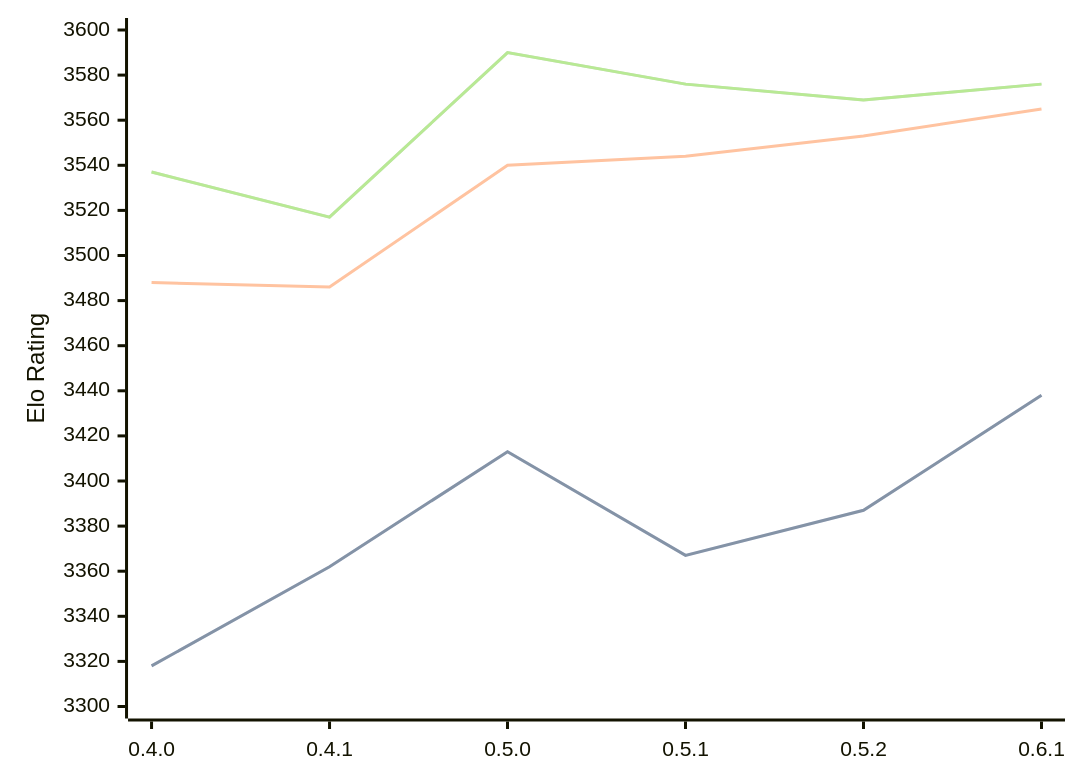
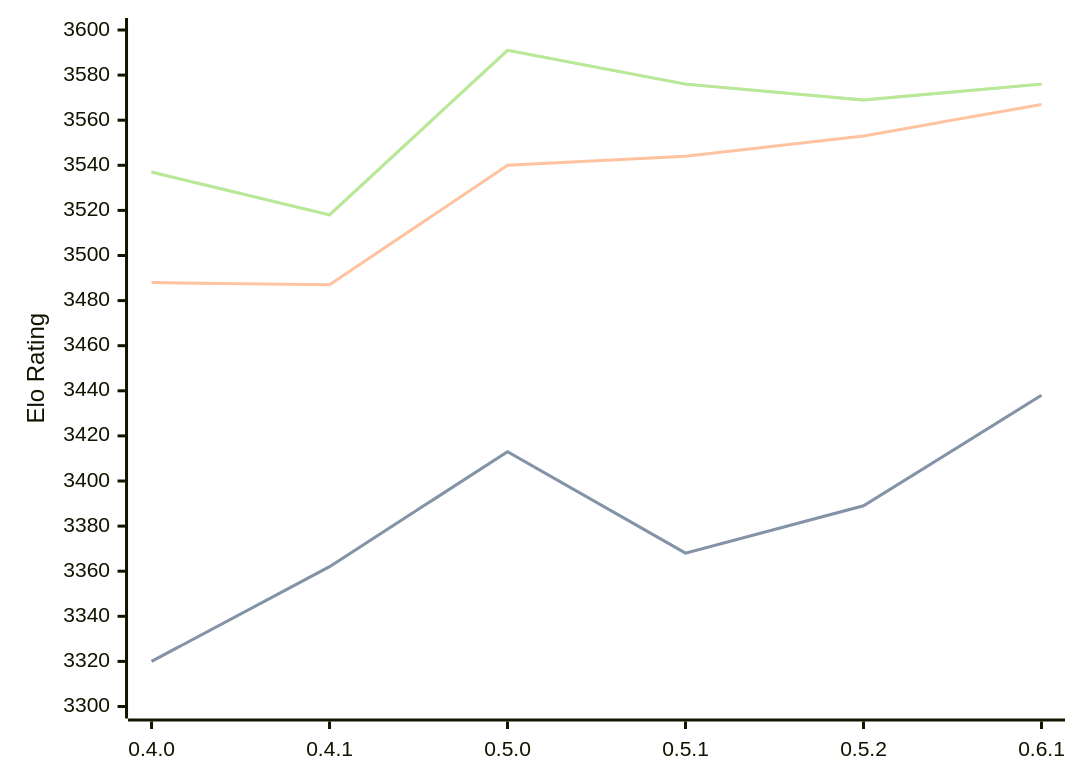
One commit to computer-chess-index/cci changed the diagram in engines/Cinder.md. Above: the diagram before and after it, drawn with Mermaid. The commit also changed other lines of this file, not shown here.

Commit message:
Update CCI Ratings (ELO VLTC) - 2026-10-02

````diff
--- a/engines/Cinder.md
+++ b/engines/Cinder.md
@@ -37,11 +37,11 @@
 ```mermaid
 %%{init: {"theme":"base","themeVariables":{"seriesColors:['#a3a3a3','#222221','#faa371']}}}%%
 xychart-beta
   x-axis ["0.4.0", "0.4.1", "0.5.0", "0.5.1", "0.5.2", "0.6.1"]
   y-axis "Elo Rating" 3300 --> 3600
-  line "" [3318, 3362, 3413, 3367, 3387, 3438]
-  line "STC (8.0+0.08s)" [3318, 3362, 3413, 3367, 3387, 3438]
-  line "LTC (60.0+0.60s)" [3488, 3486, 3540, 3544, 3553, 3565]
-  line "" [3537, 3517, 3590, 3576, 3569, 3576]
-  line "VLTC (2m24s+1.12s)" [3537, 3517, 3590, 3576, 3569, 3576]
+  line "" [3320, 3362, 3413, 3368, 3389, 3438]
+  line "STC (8.0+0.08s)" [3320, 3362, 3413, 3368, 3389, 3438]
+  line "LTC (60.0+0.60s)" [3488, 3487, 3540, 3544, 3553, 3567]
+  line "" [3537, 3518, 3591, 3576, 3569, 3576]
+  line "VLTC (2m24s+1.12s)" [3537, 3518, 3591, 3576, 3569, 3576]
 ```
````
